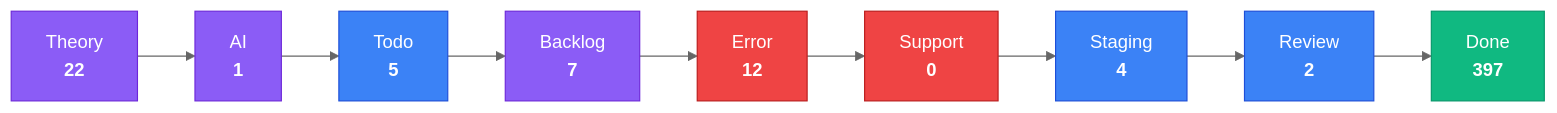
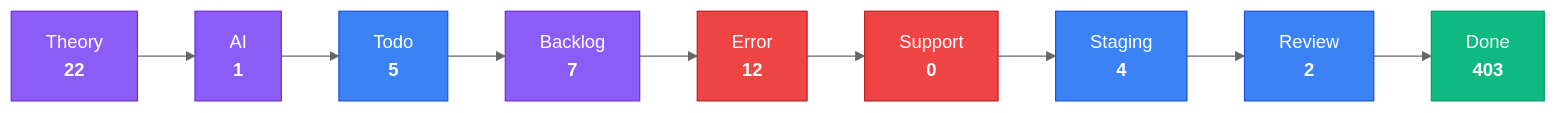
One commit to KBVE/kbve changed the third of 4 diagrams in apps/kbve/astro-kbve/src/content/docs/dashboard/kanban.mdx. Above: the diagram before and after it, drawn with Mermaid (neutral theme). The commit also changed other lines of this file and 7 other files, not shown here.

````diff
--- a/apps/kbve/astro-kbve/src/content/docs/dashboard/kanban.mdx
+++ b/apps/kbve/astro-kbve/src/content/docs/dashboard/kanban.mdx
@@ -80,28 +80,28 @@
 ```mermaid
 flowchart LR
     classDef planning fill:#8b5cf6,stroke:#6d28d9,color:#fff
     classDef active fill:#3b82f6,stroke:#1d4ed8,color:#fff
     classDef blocked fill:#ef4444,stroke:#b91c1c,color:#fff
     classDef done fill:#10b981,stroke:#059669,color:#fff
     Theory["Theory<br/><strong>22</strong>"]
     Theory --> AI
     AI["AI<br/><strong>1</strong>"]
     AI --> Todo
     Todo["Todo<br/><strong>5</strong>"]
     Todo --> Backlog
     Backlog["Backlog<br/><strong>7</strong>"]
     Backlog --> Error
     Error["Error<br/><strong>12</strong>"]
     Error --> Support
     Support["Support<br/><strong>0</strong>"]
     Support --> Staging
     Staging["Staging<br/><strong>4</strong>"]
     Staging --> Review
     Review["Review<br/><strong>2</strong>"]
     Review --> Done
-    Done["Done<br/><strong>397</strong>"]
+    Done["Done<br/><strong>403</strong>"]
     class Theory,AI,Backlog planning
     class Todo,Staging,Review active
     class Error,Support blocked
     class Done done
 ```
````
